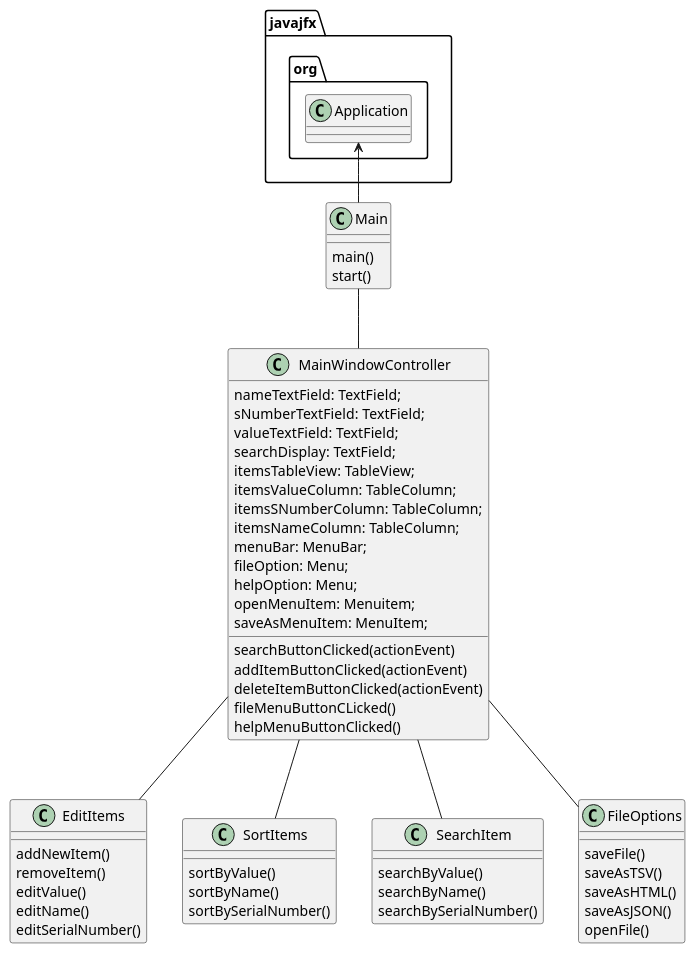
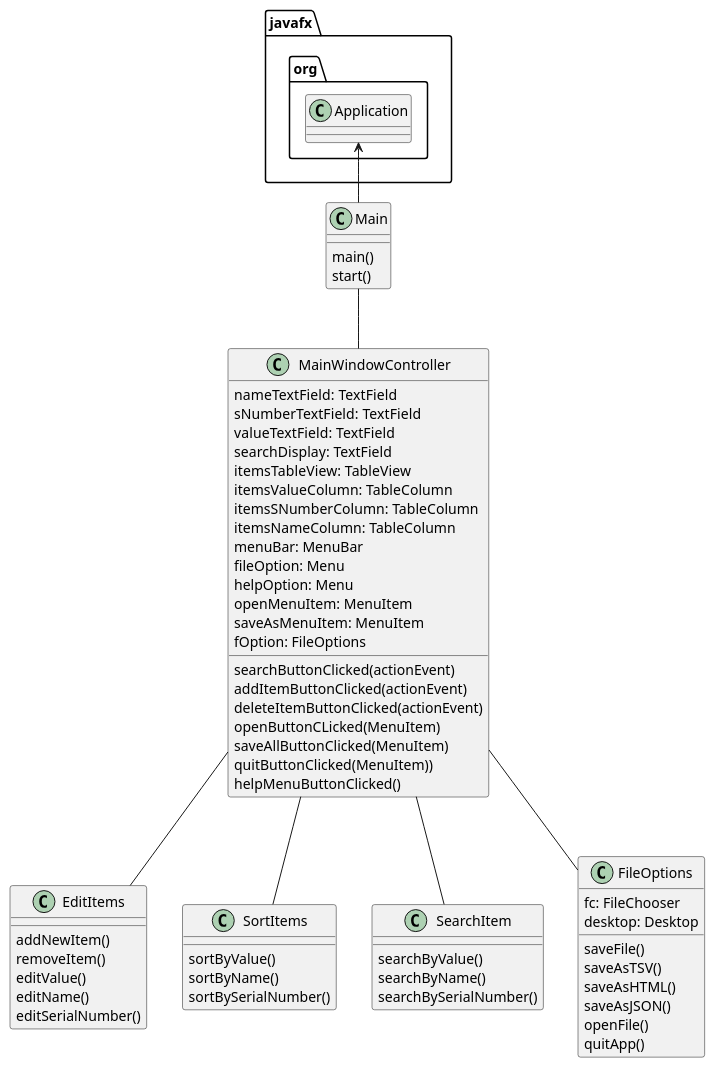
One commit to martucciv/martucci-7308-a5 changed the diagram in uml/Assignment5.puml. Above: the diagram before and after it, drawn with PlantUML. The commit also changed 7 other files, not shown here.

```diff
--- a/uml/Assignment5.puml
+++ b/uml/Assignment5.puml
@@ -1,67 +1,73 @@
 @startuml
 
-javajfx.org.Application <-- Main
+javafx.org.Application <-- Main
 Main -- MainWindowController
 MainWindowController -- EditItems
 MainWindowController -- SortItems
 MainWindowController -- SearchItem
 MainWindowController -- FileOptions
 
 class Main{
     main()
     start()
 }
 
 class MainWindowController{
-    nameTextField: TextField;
-    sNumberTextField: TextField;
-    valueTextField: TextField;
-    searchDisplay: TextField;
-    itemsTableView: TableView;
-    itemsValueColumn: TableColumn;
-    itemsSNumberColumn: TableColumn;
-    itemsNameColumn: TableColumn;
-    menuBar: MenuBar;
-    fileOption: Menu;
-    helpOption: Menu;
-    openMenuItem: Menuitem;
-    saveAsMenuItem: MenuItem;
-
+    nameTextField: TextField
+    sNumberTextField: TextField
+    valueTextField: TextField
+    searchDisplay: TextField
+    itemsTableView: TableView
+    itemsValueColumn: TableColumn
+    itemsSNumberColumn: TableColumn
+    itemsNameColumn: TableColumn
+    menuBar: MenuBar
+    fileOption: Menu
+    helpOption: Menu
+    openMenuItem: MenuItem
+    saveAsMenuItem: MenuItem
+    fOption: FileOptions
 
     searchButtonClicked(actionEvent)
     addItemButtonClicked(actionEvent)
     deleteItemButtonClicked(actionEvent)
-    fileMenuButtonCLicked()
+    openButtonCLicked(MenuItem)
+    saveAllButtonClicked(MenuItem)
+    quitButtonClicked(MenuItem))
     helpMenuButtonClicked()
 }
 
 class EditItems {
     addNewItem()
     removeItem()
     editValue()
     editName()
     editSerialNumber()
 }
 
 class SortItems{
     sortByValue()
     sortByName()
     sortBySerialNumber()
 }
 
 class SearchItem{
     searchByValue()
     searchByName()
     searchBySerialNumber()
 }
 
 class FileOptions{
+    fc: FileChooser
+    desktop: Desktop
+
     saveFile()
     saveAsTSV()
     saveAsHTML()
     saveAsJSON()
     openFile()
+    quitApp()
 }
 
 
 @enduml
```
